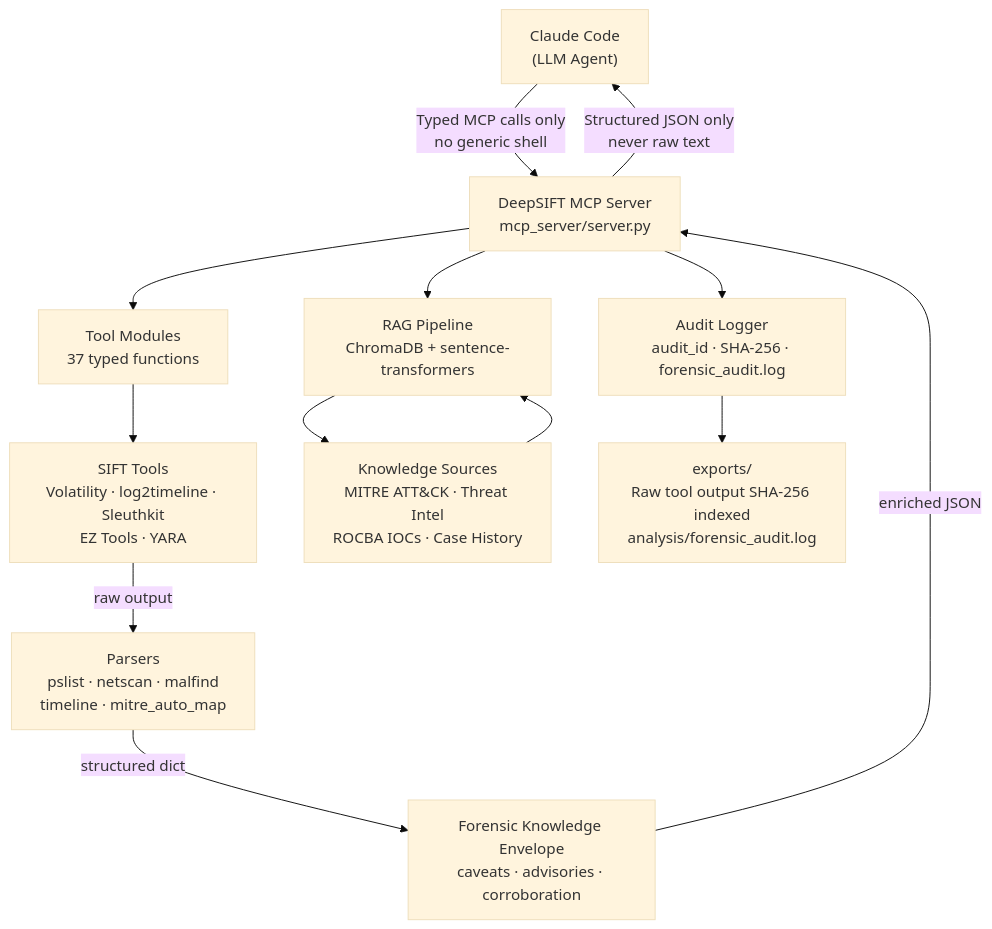
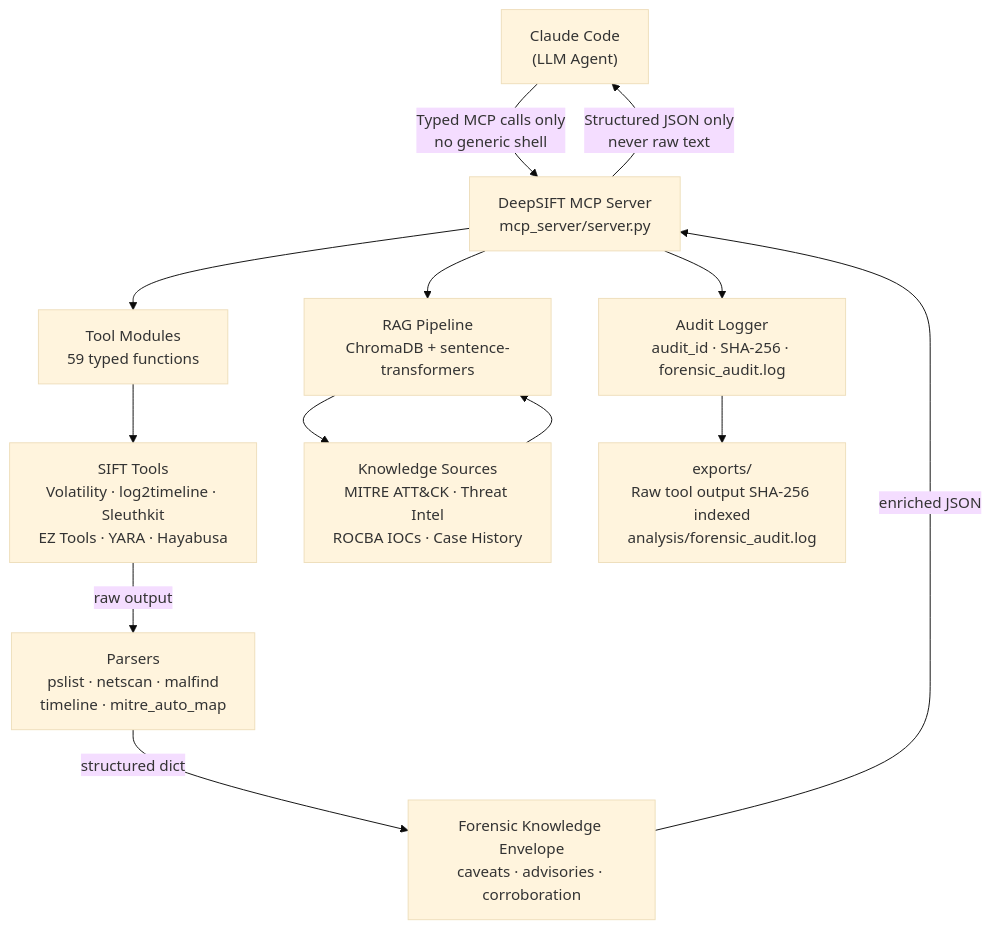
The first of 4 diagrams in README.md (ahammadshawki8/DeepSIFT), drawn with Mermaid (base theme) before and after one commit. The commit also changed other lines of this file and 14 other files, not shown here.

````diff
--- a/README.md
+++ b/README.md
@@ -32,20 +38,20 @@
 ```mermaid
 flowchart TD
     A["Claude Code\n(LLM Agent)"] -->|"Typed MCP calls only\nno generic shell"| B
 
     B["DeepSIFT MCP Server\nmcp_server/server.py"]
     B -->|"Structured JSON only\nnever raw text"| A
 
-    B --> C["Tool Modules\n37 typed functions"]
-    C --> D["SIFT Tools\nVolatility · log2timeline · Sleuthkit\nEZ Tools · YARA"]
+    B --> C["Tool Modules\n59 typed functions"]
+    C --> D["SIFT Tools\nVolatility · log2timeline · Sleuthkit\nEZ Tools · YARA · Hayabusa"]
     D -->|"raw output"| E["Parsers\npslist · netscan · malfind\ntimeline · mitre_auto_map"]
     E -->|"structured dict"| F["Forensic Knowledge Envelope\ncaveats · advisories · corroboration"]
     F -->|"enriched JSON"| B
 
     B --> G["RAG Pipeline\nChromaDB + sentence-transformers"]
     G --> H["Knowledge Sources\nMITRE ATT&CK · Threat Intel\nROCBA IOCs · Case History"]
     H --> G
 
     B --> I["Audit Logger\naudit_id · SHA-256 · forensic_audit.log"]
     I --> J["exports/\nRaw tool output SHA-256 indexed\nanalysis/forensic_audit.log"]
 ```
````
